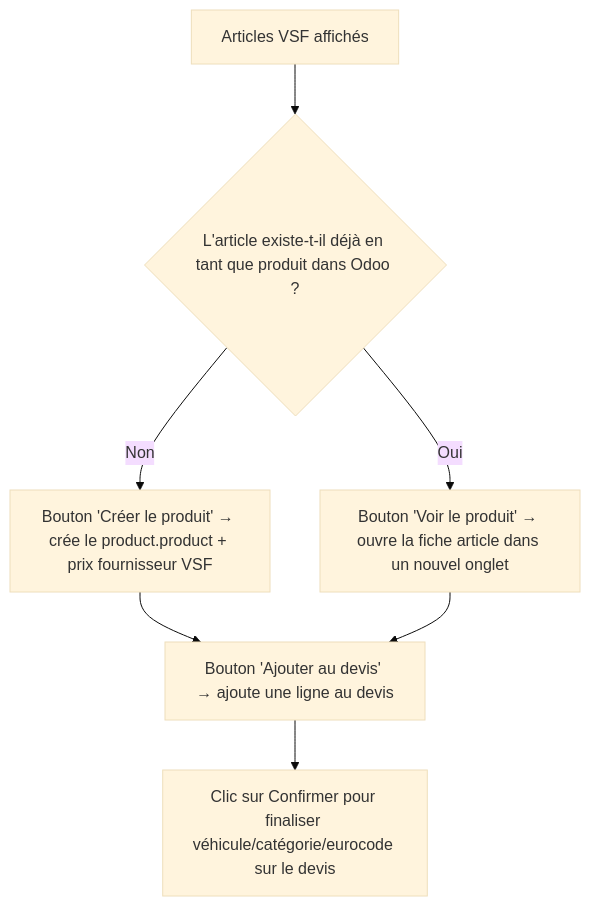
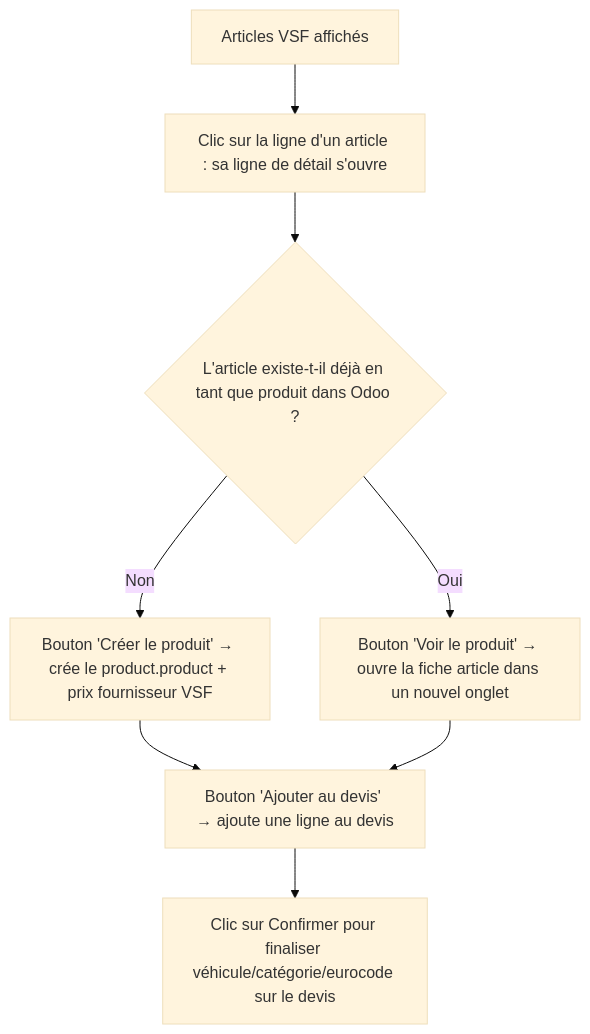
The third of 3 diagrams in rpbm_agent/docs/fonctionnel/parcours-utilisateur.md (rpbmSdk/rpbm), drawn with Mermaid (base theme) before and after one commit. The commit also changed other lines of this file and 8 other files, not shown here.

````diff
--- a/rpbm_agent/docs/fonctionnel/parcours-utilisateur.md
+++ b/rpbm_agent/docs/fonctionnel/parcours-utilisateur.md
@@ -69,9 +70,10 @@
 ```mermaid
 flowchart TD
-    U[Articles VSF affichés] --> W2{L'article existe-t-il déjà en tant que produit dans Odoo ?}
+    U[Articles VSF affichés] --> S["Clic sur la ligne d'un article : sa ligne de détail s'ouvre"]
+    S --> W2{L'article existe-t-il déjà en tant que produit dans Odoo ?}
     W2 -->|Non| W3["Bouton 'Créer le produit' → crée le product.product + prix fournisseur VSF"]
     W2 -->|Oui| W4["Bouton 'Voir le produit' → ouvre la fiche article dans un nouvel onglet"]
     W3 --> W5["Bouton 'Ajouter au devis' → ajoute une ligne au devis"]
     W4 --> W5
     W5 --> W6[Clic sur Confirmer pour finaliser véhicule/catégorie/eurocode sur le devis]
 ```
````
